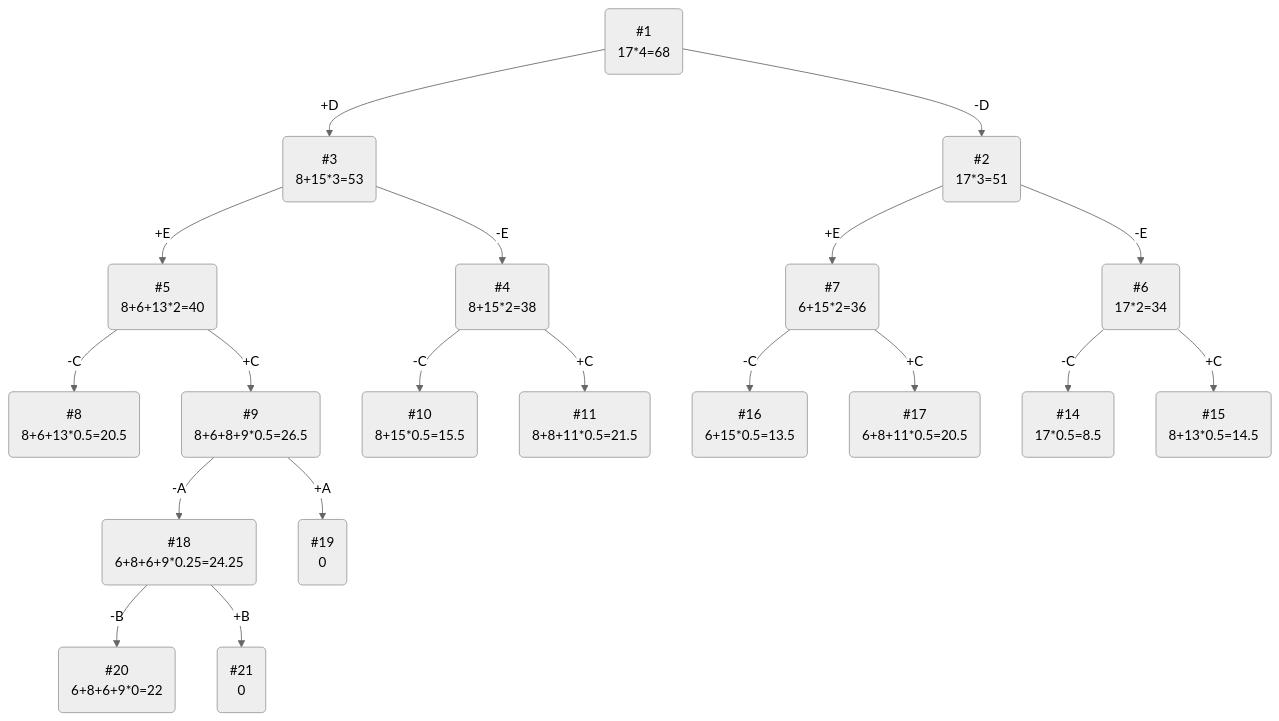
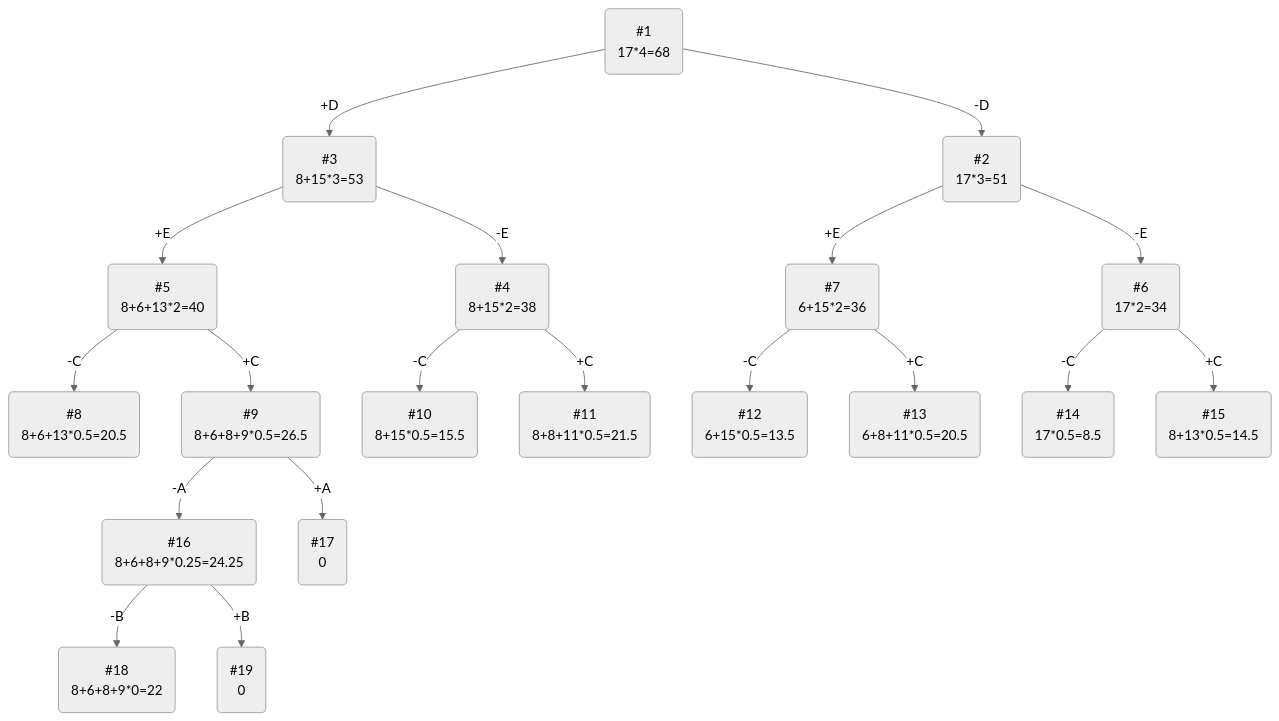
The diagram in task_19/Mongolian_tomatoes_task_19.md (HSE-algo-23-crow/manual_tasks), drawn with Mermaid (neutral theme) before and after one commit.

Commit message:
Учли правки от 25.05

````diff
--- a/task_19/Mongolian_tomatoes_task_19.md
+++ b/task_19/Mongolian_tomatoes_task_19.md
@@ -39,22 +39,22 @@
 ```mermaid
 graph TB
     1(#1\n17*4=68)-->|-D|2(#2\n17*3=51)
     1-->|+D|3(#3\n8+15*3=53)
     3-->|-E|4(#4\n8+15*2=38)
     3-->|+E|5(#5\n8+6+13*2=40)
     5-->|-C|6(#8\n8+6+13*0.5=20.5)
     5-->|+C|7(#9\n8+6+8+9*0.5=26.5)
     2-->|-E|8(#6\n17*2=34)
     2-->|+E|9(#7\n6+15*2=36)
     4-->|-C|12(#10\n8+15*0.5=15.5)
     4-->|+C|13(#11\n8+8+11*0.5=21.5)
     8-->|-C|16(#14\n17*0.5=8.5)
     8-->|+C|17(#15\n8+13*0.5=14.5)
-    9-->|-C|14(#16\n6+15*0.5=13.5)
-    9-->|+C|15(#17\n6+8+11*0.5=20.5)
-    7-->|-A|18(#18\n6+8+6+9*0.25=24.25)
-    7-->|+A|19(#19\n0)
-    18-->|-B|20(#20\n6+8+6+9*0=22)
-    18-->|+B|21(#21\n0)
+    9-->|-C|14(#12\n6+15*0.5=13.5)
+    9-->|+C|15(#13\n6+8+11*0.5=20.5)
+    7-->|-A|18(#16\n8+6+8+9*0.25=24.25)
+    7-->|+A|19(#17\n0)
+    18-->|-B|20(#18\n8+6+8+9*0=22)
+    18-->|+B|21(#19\n0)
 
 ```
````
